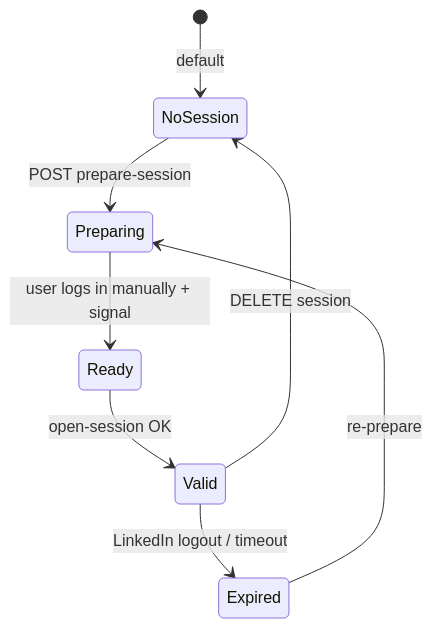
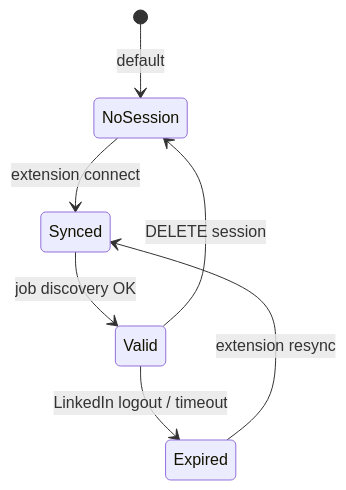
The diagram in docs/automation/linkedin-session-management.md (pnarun/career-os), drawn with Mermaid before and after one commit. The commit also changed other lines of this file and 229 other files, not shown here.

````diff
--- a/docs/automation/linkedin-session-management.md
+++ b/docs/automation/linkedin-session-management.md
@@ -9,10 +48,9 @@
 ```mermaid
 stateDiagram-v2
   [*] --> NoSession: default
-  NoSession --> Preparing: POST prepare-session
-  Preparing --> Ready: user logs in manually + signal
-  Ready --> Valid: open-session OK
+  NoSession --> Synced: extension connect
+  Synced --> Valid: job discovery OK
   Valid --> Expired: LinkedIn logout / timeout
-  Expired --> Preparing: re-prepare
+  Expired --> Synced: extension resync
   Valid --> NoSession: DELETE session
 ```
````
